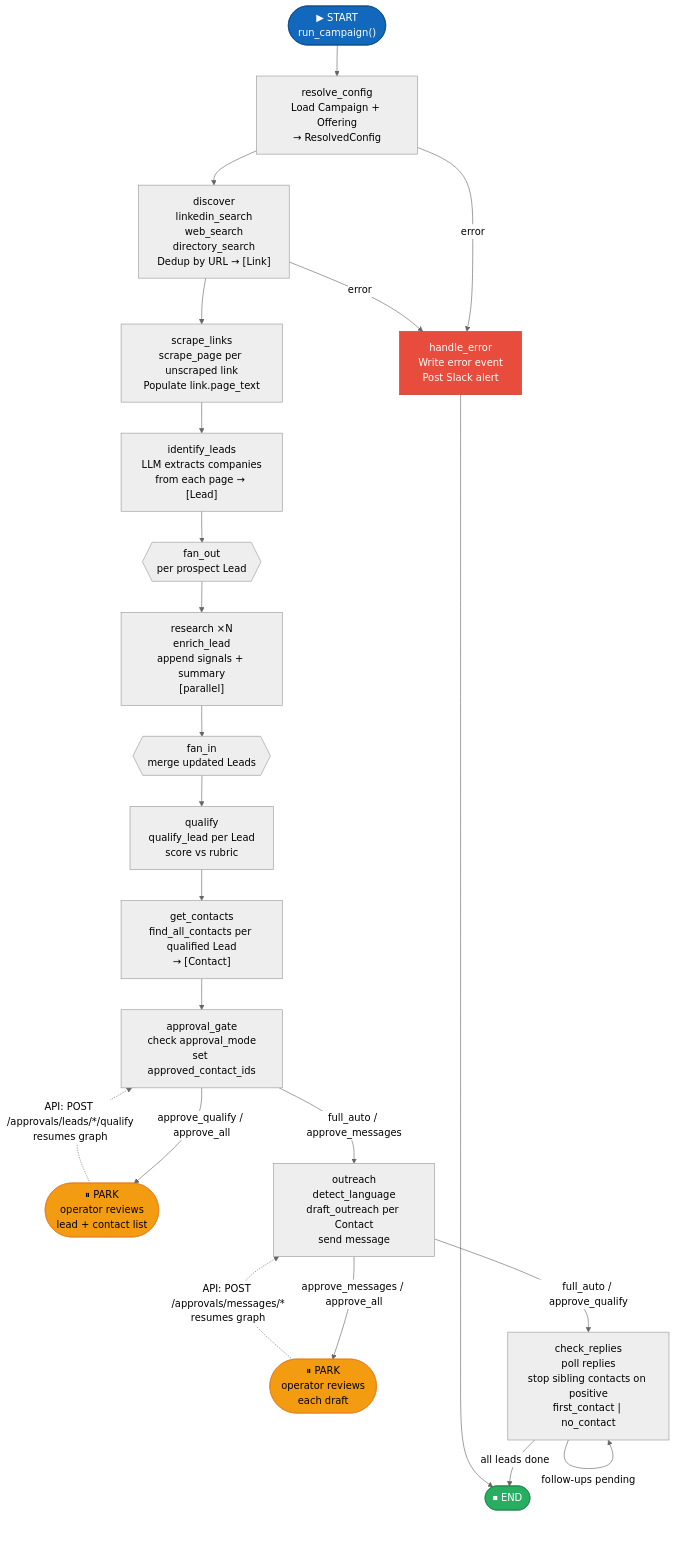
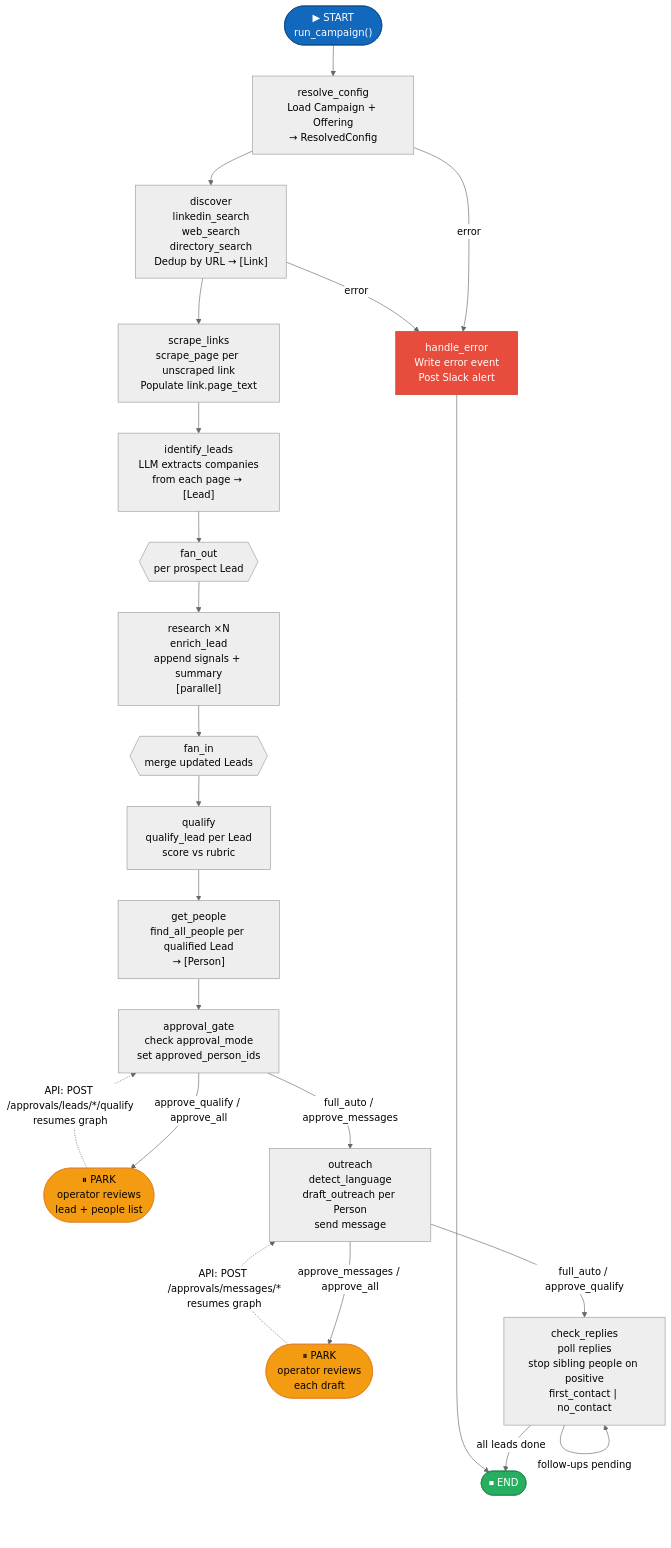
The first of 3 diagrams in spec/product/10-agent-graph.md (smallTechOrg/sales-agent), drawn with Mermaid (neutral theme) before and after one commit. The commit also changed other lines of this file and 66 other files, not shown here.

````diff
--- a/spec/product/10-agent-graph.md
+++ b/spec/product/10-agent-graph.md
@@ -183,51 +183,51 @@
 ```mermaid
 flowchart TD
     START(["▶ START\nrun_campaign()"])
     RC["resolve_config\nLoad Campaign + Offering\n→ ResolvedConfig"]
     ERR["handle_error\nWrite error event\nPost Slack alert"]
     DISC["discover\nlinkedin_search\nweb_search\ndirectory_search\nDedup by URL → [Link]"]
     SCR["scrape_links\nscrape_page per unscraped link\nPopulate link.page_text"]
     ID["identify_leads\nLLM extracts companies\nfrom each page → [Lead]"]
     FO1{{"fan_out\nper prospect Lead"}}
     RS["research ×N\nenrich_lead\nappend signals + summary\n[parallel]"]
     FI1{{"fan_in\nmerge updated Leads"}}
     QL["qualify\nqualify_lead per Lead\nscore vs rubric"]
-    GC["get_contacts\nfind_all_contacts per qualified Lead\n→ [Contact]"]
-    AG["approval_gate\ncheck approval_mode\nset approved_contact_ids"]
-    PARK1(["⏸ PARK\noperator reviews\nlead + contact list"])
-    OA["outreach\ndetect_language\ndraft_outreach per Contact\nsend message"]
+    GC["get_people\nfind_all_people per qualified Lead\n→ [Person]"]
+    AG["approval_gate\ncheck approval_mode\nset approved_person_ids"]
+    PARK1(["⏸ PARK\noperator reviews\nlead + people list"])
+    OA["outreach\ndetect_language\ndraft_outreach per Person\nsend message"]
     PARK2(["⏸ PARK\noperator reviews\neach draft"])
-    CR["check_replies\npoll replies\nstop sibling contacts on positive\nfirst_contact | no_contact"]
+    CR["check_replies\npoll replies\nstop sibling people on positive\nfirst_contact | no_contact"]
     END_N(["⏹ END"])
 
     START  --> RC
     RC     -->|"error"| ERR
     RC     --> DISC
     DISC   -->|"error"| ERR
     DISC   --> SCR
     SCR    --> ID
     ID     --> FO1
     FO1    --> RS
     RS     --> FI1
     FI1    --> QL
     QL     --> GC
     GC     --> AG
 
     AG     -->|"full_auto / approve_messages"| OA
     AG     -->|"approve_qualify / approve_all"| PARK1
     PARK1  -.->|"API: POST /approvals/leads/*/qualify\nresumes graph"| AG
 
     OA     -->|"approve_messages / approve_all"| PARK2
     PARK2  -.->|"API: POST /approvals/messages/*\nresumes graph"| OA
     OA     -->|"full_auto / approve_qualify"| CR
 
     CR     -->|"follow-ups pending"| CR
     CR     -->|"all leads done"| END_N
     ERR    --> END_N
 
     style PARK1 fill:#f39c12,color:#000,stroke:#e67e22
     style PARK2 fill:#f39c12,color:#000,stroke:#e67e22
     style ERR   fill:#e74c3c,color:#fff,stroke:#c0392b
     style END_N fill:#27ae60,color:#fff,stroke:#1e8449
     style START fill:#1168bd,color:#fff,stroke:#0b4884
 ```
````
